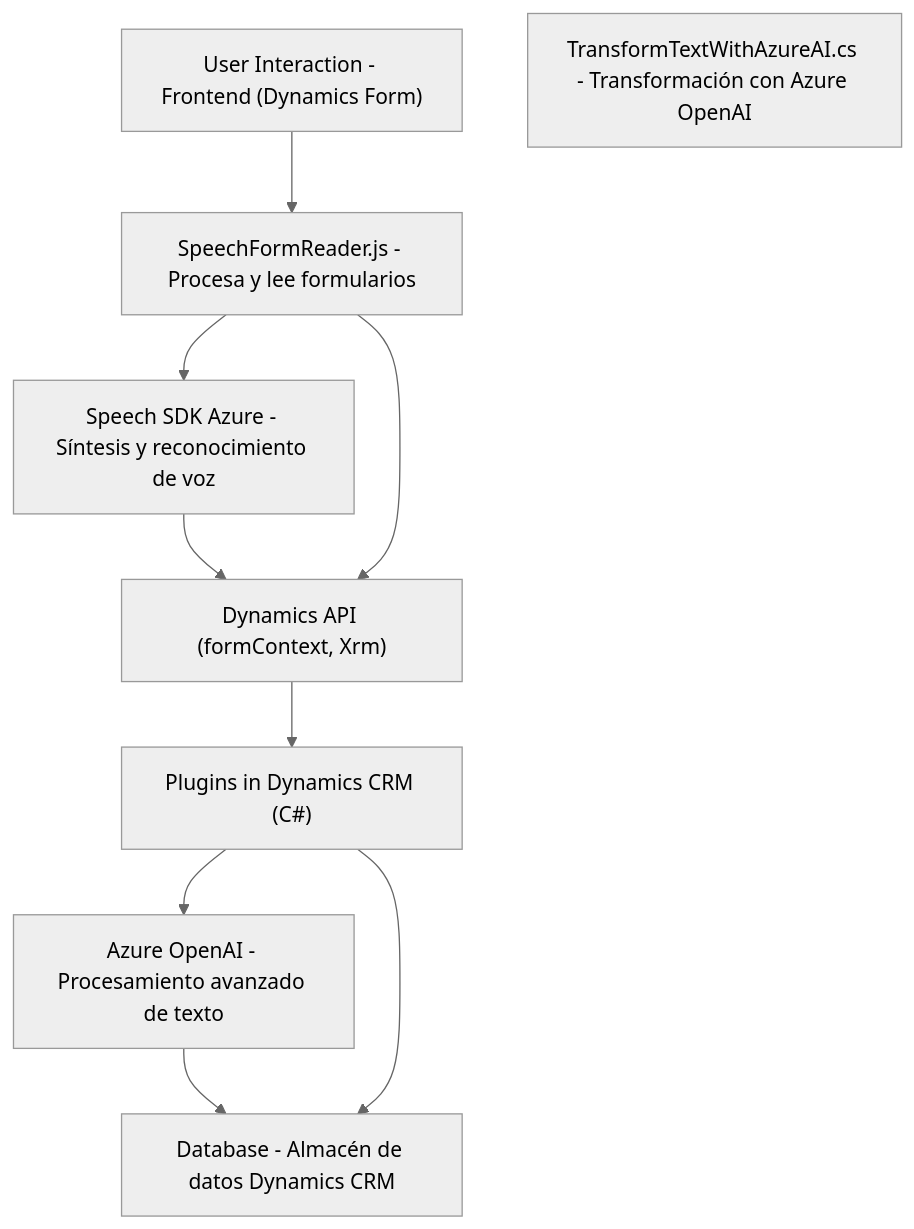
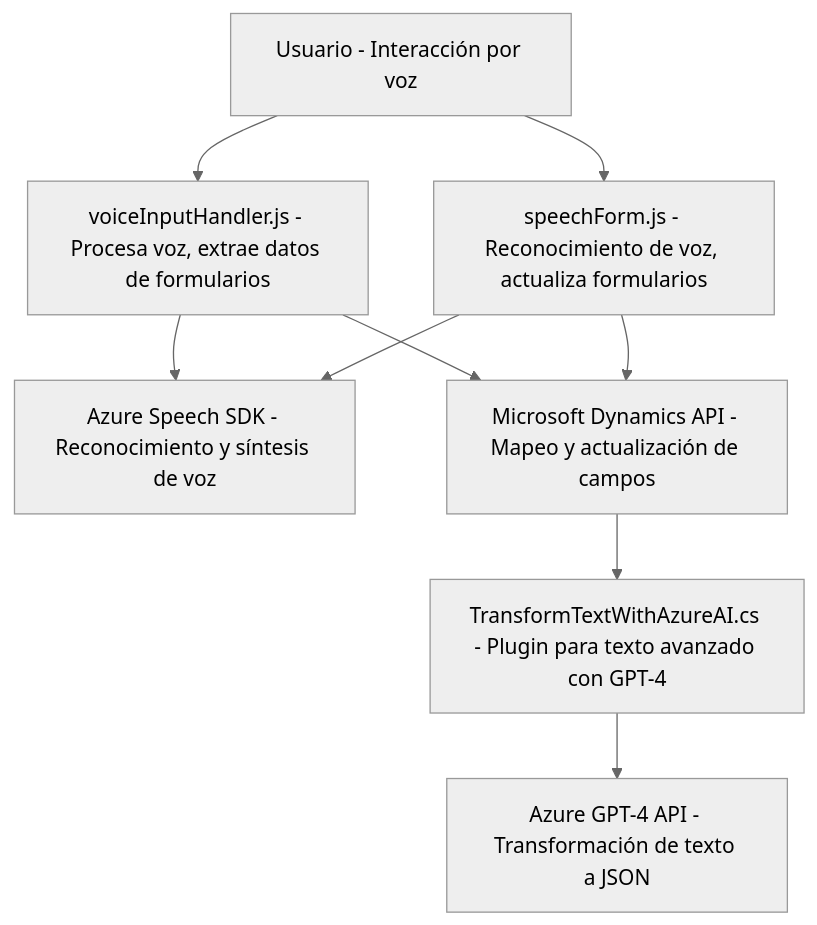
The diagram in README.md (blopezdm/NETCORE_BILBAO2025), drawn with Mermaid (neutral theme) before and after one commit. The commit also changed other lines of this file, not shown here.

Commit message:
Actualizar análisis global de la solución con IA

````diff
--- a/README.md
+++ b/README.md
@@ -37,20 +41,19 @@
 ```mermaid
 graph TD
-    A["User Interaction - Frontend (Dynamics Form)"]
-    B["SpeechFormReader.js - Procesa y lee formularios"]
-    C["Speech SDK Azure - Síntesis y reconocimiento de voz"]
-    D["Plugins in Dynamics CRM (C#)"]
-    E["TransformTextWithAzureAI.cs - Transformación con Azure OpenAI"]
-    F["Dynamics API (formContext, Xrm)"]
-    G["Azure OpenAI - Procesamiento avanzado de texto"]
-    H["Database - Almacén de datos Dynamics CRM"]
+    A["Usuario - Interacción por voz"]
+    B["voiceInputHandler.js - Procesa voz, extrae datos de formularios"]
+    C["speechForm.js - Reconocimiento de voz, actualiza formularios"]
+    D["Azure Speech SDK - Reconocimiento y síntesis de voz"]
+    E["Microsoft Dynamics API - Mapeo y actualización de campos"]
+    F["TransformTextWithAzureAI.cs - Plugin para texto avanzado con GPT-4"]
+    G["Azure GPT-4 API - Transformación de texto a JSON"]
 
     A --> B
-    B --> C
-    C --> F
-    B --> F
-    F --> D
-    D --> G
-    G --> H
-    D --> H
+    B --> D
+    B --> E
+    A --> C
+    C --> D
+    C --> E
+    E --> F
+    F --> G
 ```
````
